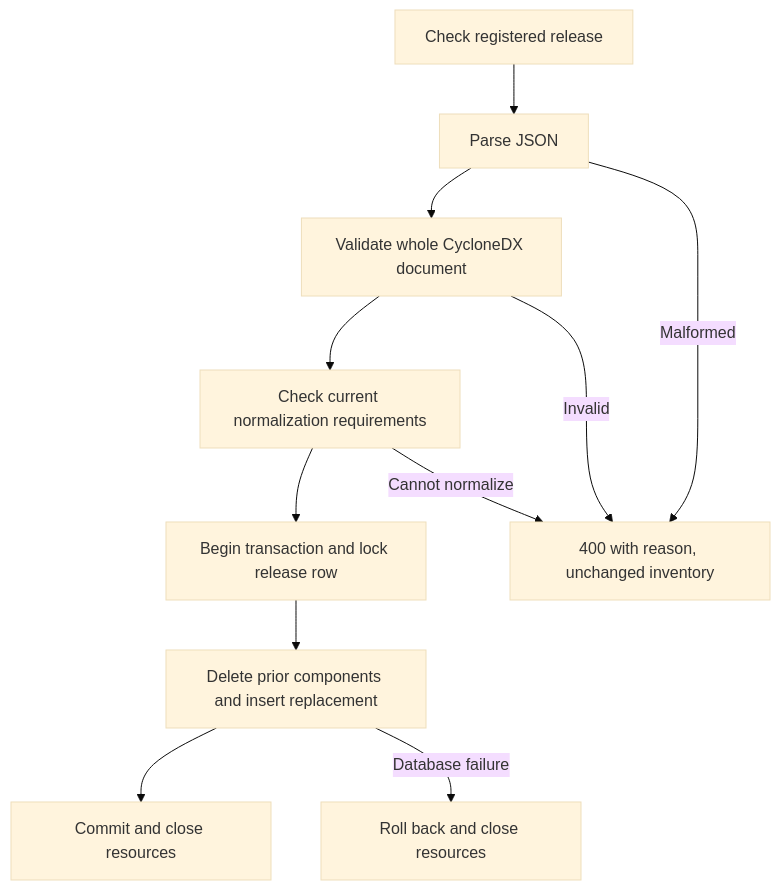
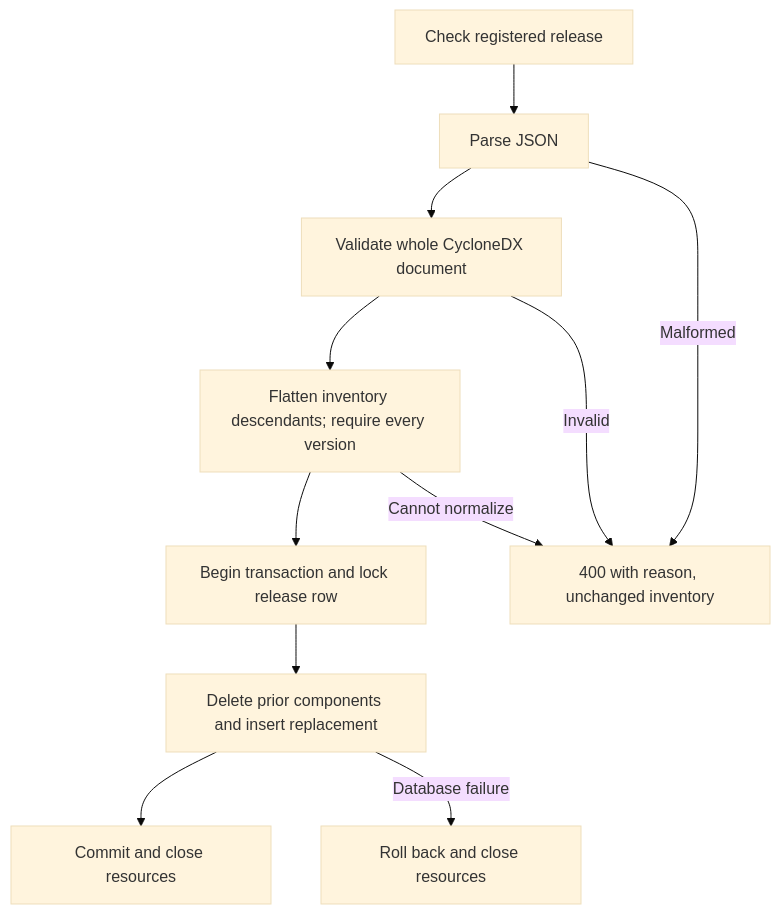
Before and after one commit to Awesomegardener/ECE30861_Phase_3: the third of 3 diagrams in docs/models.md, drawn with Mermaid (base theme). The commit also changed other lines of this file and 11 other files, not shown here.

````diff
--- a/docs/models.md
+++ b/docs/models.md
@@ -49,13 +49,13 @@
 ```mermaid
 flowchart TD
     A[Check registered release] --> B[Parse JSON]
     B --> C[Validate whole CycloneDX document]
-    C --> D[Check current normalization requirements]
+    C --> D[Flatten inventory descendants; require every version]
     D --> E[Begin transaction and lock release row]
     E --> F[Delete prior components and insert replacement]
     F --> G[Commit and close resources]
     B -->|Malformed| R[400 with reason, unchanged inventory]
     C -->|Invalid| R
     D -->|Cannot normalize| R
     F -->|Database failure| RB[Roll back and close resources]
 ```
````
